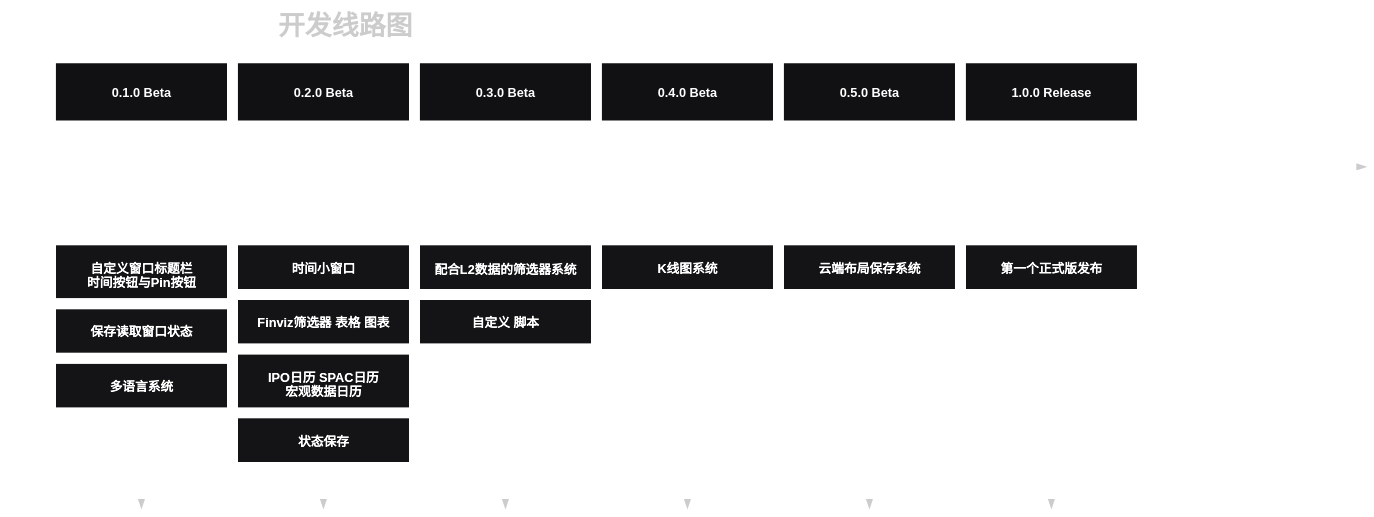
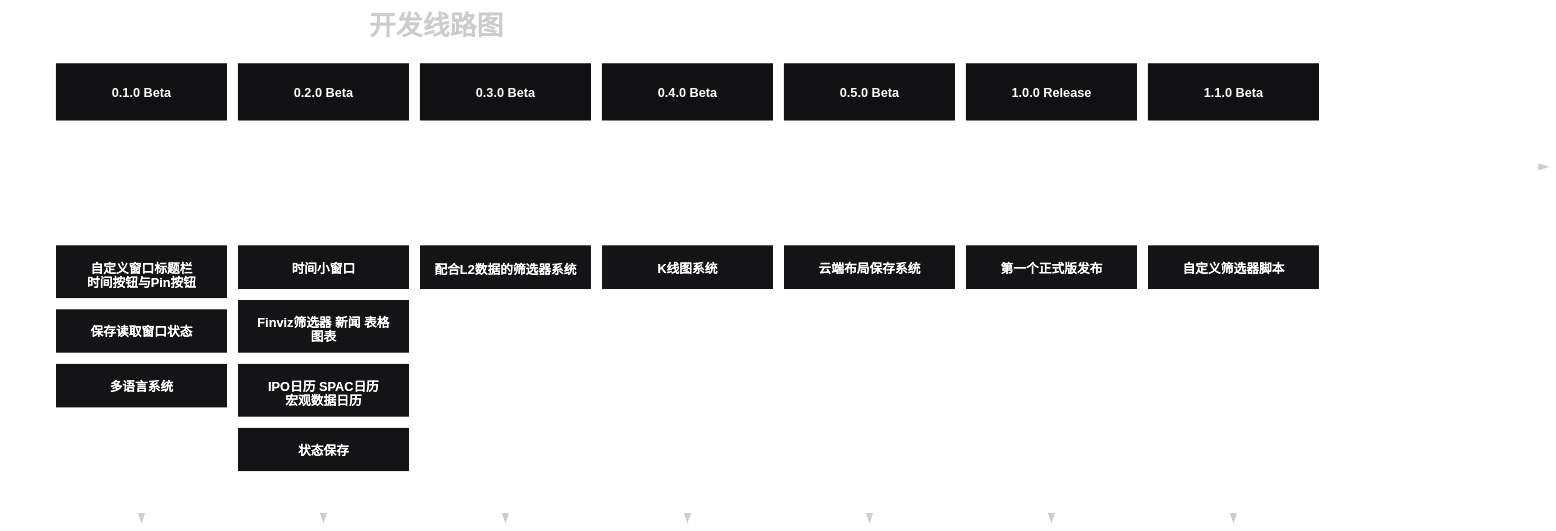
The diagram in README.md (ZZHENJIE/DTBox), drawn with Mermaid before and after one commit. The commit also changed other lines of this file, not shown here.

````diff
--- a/README.md
+++ b/README.md
@@ -13,26 +7,27 @@
 ```mermaid
 ---
 config:
   theme: redux-dark
 ---
 timeline
   title 开发线路图
   0.1.0 Beta
     : 自定义窗口标题栏 时间按钮与Pin按钮
     : 保存读取窗口状态
     : 多语言系统
   0.2.0 Beta
     : 时间小窗口
-    : Finviz筛选器 表格 图表
+    : Finviz筛选器 新闻 表格 图表
     : IPO日历 SPAC日历 宏观数据日历
     : 状态保存
   0.3.0 Beta
     : 配合L2数据的筛选器系统
-    : 自定义 脚本
   0.4.0 Beta
     : K线图系统
   0.5.0 Beta
     : 云端布局保存系统
   1.0.0 Release
     : 第一个正式版发布
+  1.1.0 Beta
+    : 自定义筛选器脚本
 ```
````
